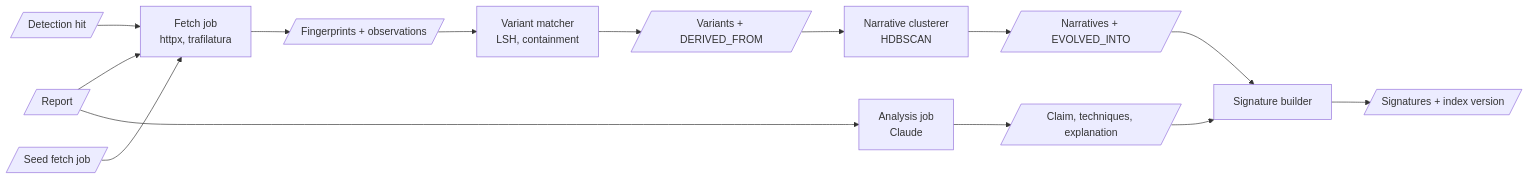
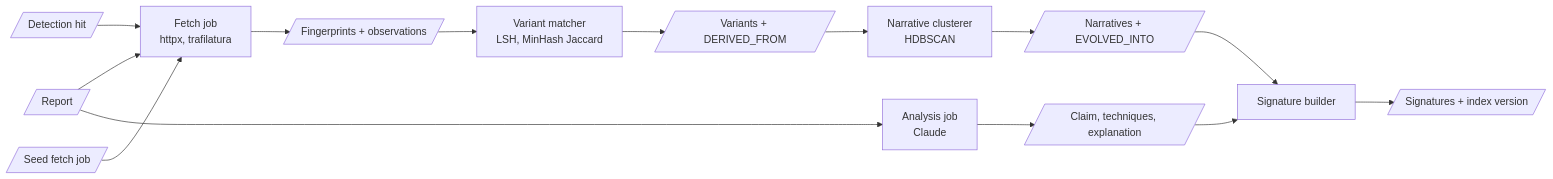
One commit to nlinnanen/konklaavi changed the fourth of 4 diagrams in docs/components.md. Above: the diagram before and after it, drawn with Mermaid. The commit also changed other lines of this file and 5 other files, not shown here.

````diff
--- a/docs/components.md
+++ b/docs/components.md
@@ -95,16 +98,16 @@
 ```mermaid
 flowchart LR
   Rep[/Report/] --> Fetch["Fetch job<br/>httpx, trafilatura"]
   Hit[/Detection hit/] --> Fetch
   SeedJ[/Seed fetch job/] --> Fetch
   Fetch --> Fp[/"Fingerprints + observations"/]
-  Fp --> VM["Variant matcher<br/>LSH, containment"]
+  Fp --> VM["Variant matcher<br/>LSH, MinHash Jaccard"]
   VM --> Var[/"Variants + DERIVED_FROM"/]
   Var --> NC["Narrative clusterer<br/>HDBSCAN"]
   NC --> Nar[/"Narratives + EVOLVED_INTO"/]
   Rep --> AJ["Analysis job<br/>Claude"]
   AJ --> Verd[/"Claim, techniques, explanation"/]
   Nar --> SB["Signature builder"]
   Verd --> SB
   SB --> Sig[/"Signatures + index version"/]
 ```
````
